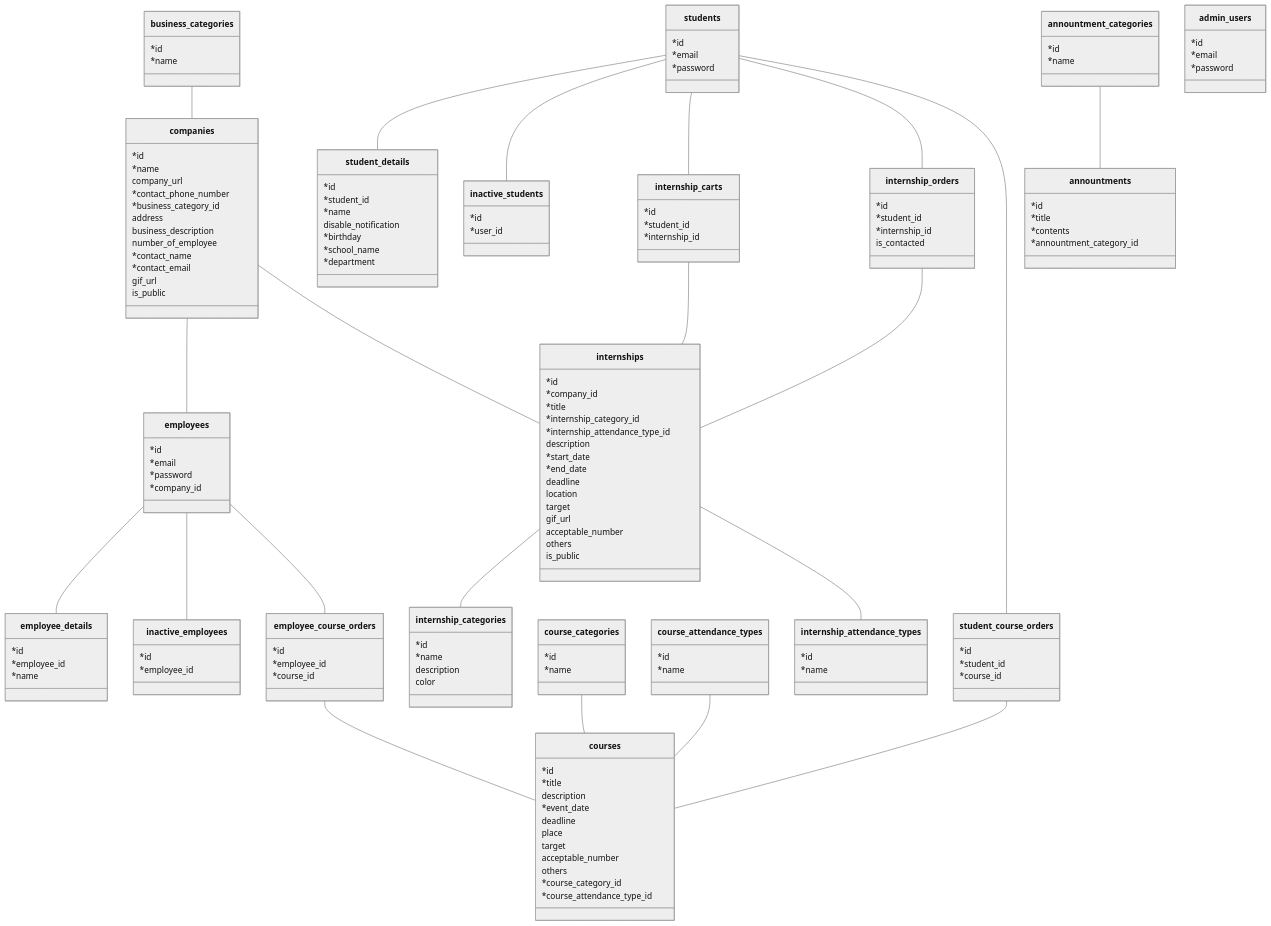
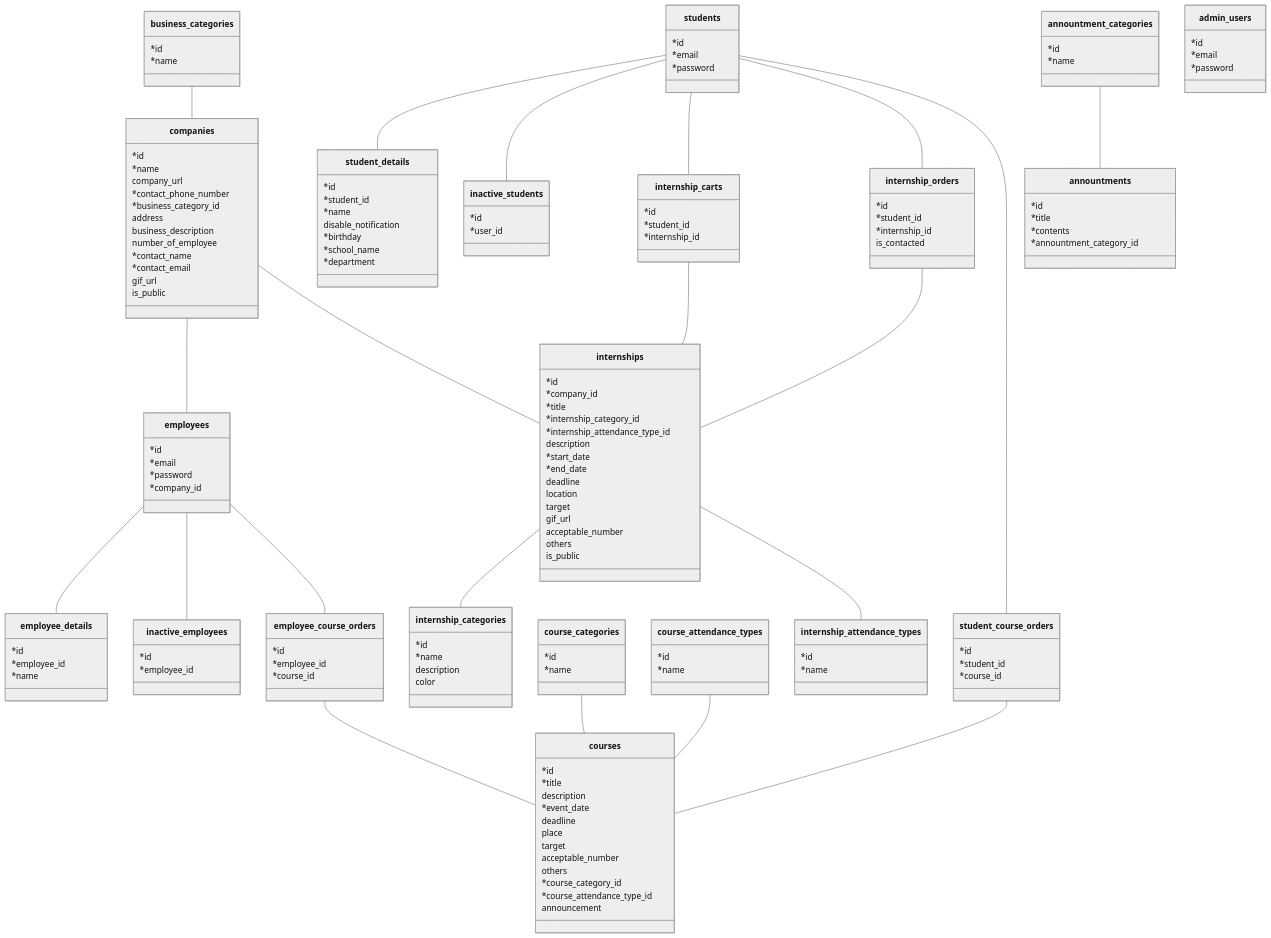
One commit to youichiro/nagaoka-internship-site changed the diagram in docs/schema.md. Above: the diagram before and after it, drawn with Mermaid. The commit also changed 2 other files, not shown here.

Commit message:
add anncouncement to courses

```diff
--- a/docs/schema.md
+++ b/docs/schema.md
@@ -157,6 +157,7 @@
     others
     *course_category_id
     *course_attendance_type_id
+    announcement
   }
 
   class student_course_orders {
```
